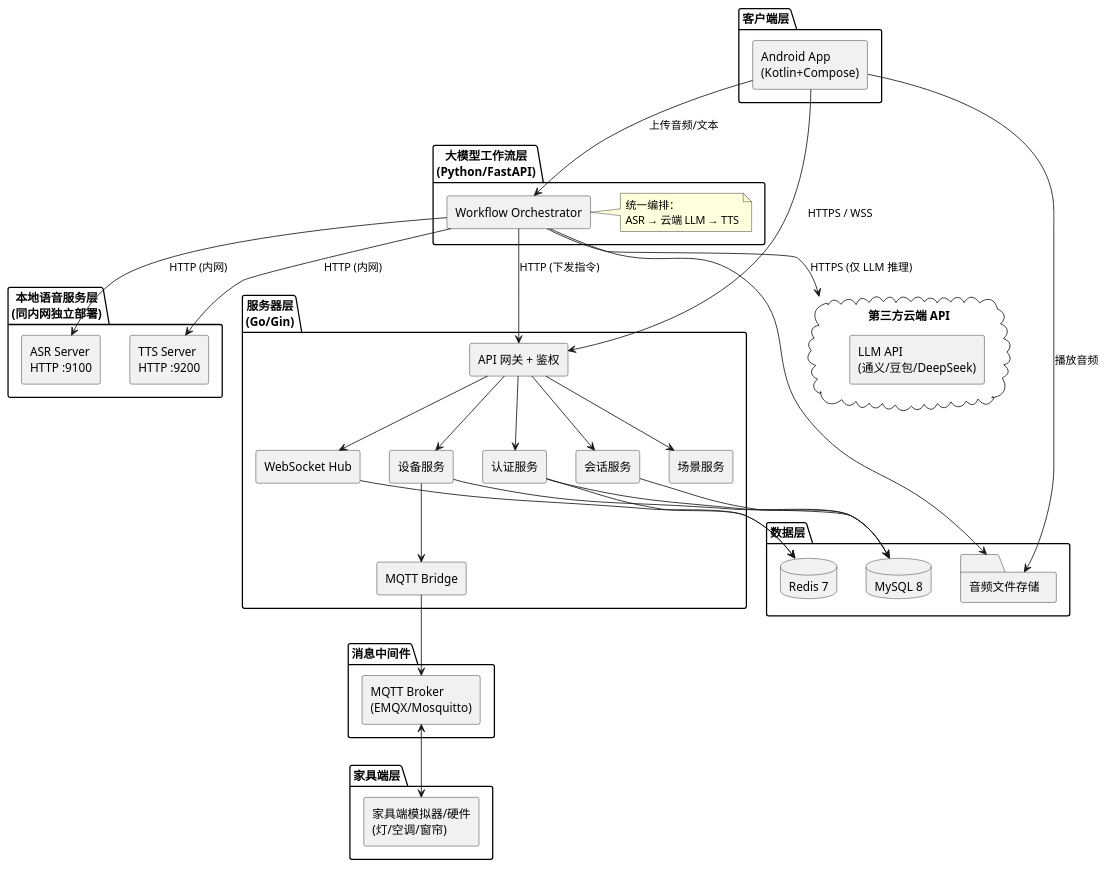
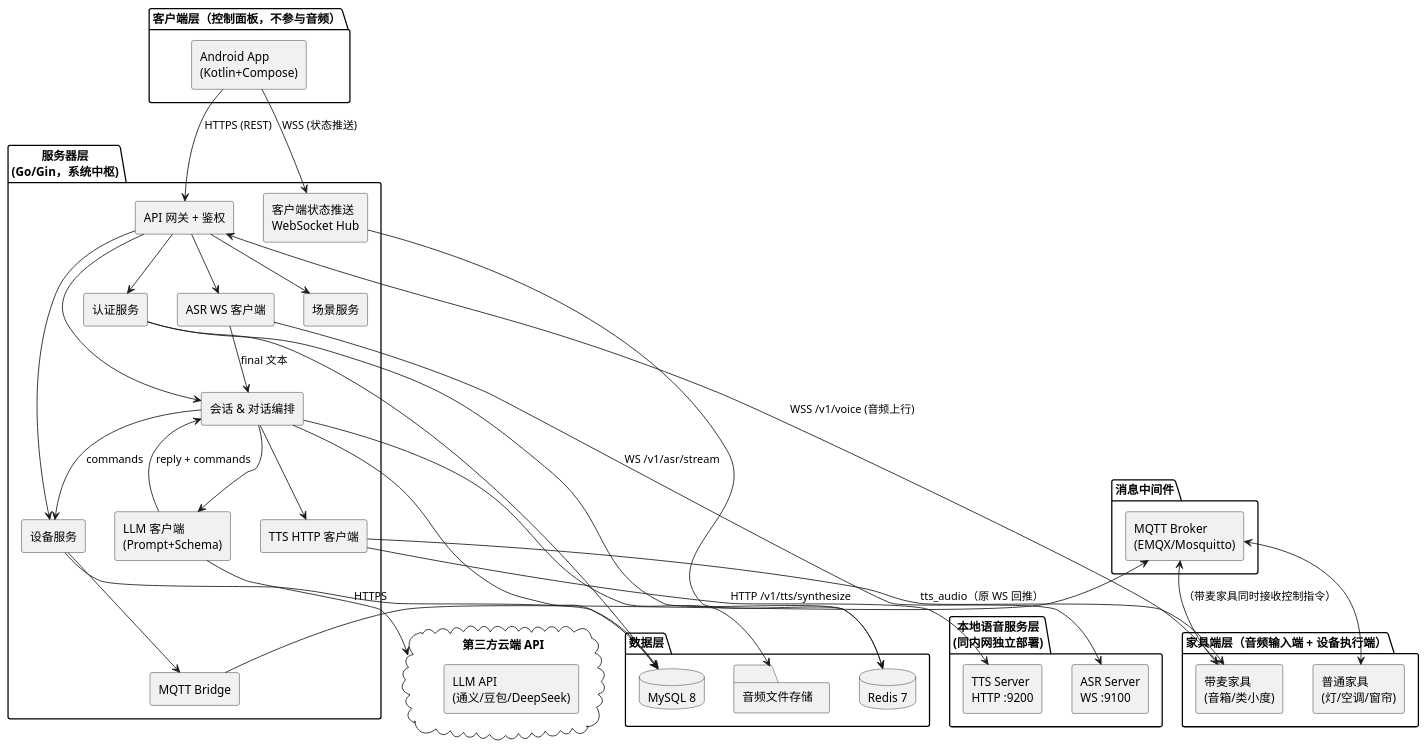
The first of 6 diagrams in docs/03-软件设计文档.md (Yoruko666/Taffy-Assistant), drawn with PlantUML before and after one commit. The commit also changed other lines of this file and 3 other files, not shown here.

````diff
--- a/docs/03-软件设计文档.md
+++ b/docs/03-软件设计文档.md
@@ -44,73 +45,77 @@
 ```plantuml
 @startuml
 skinparam componentStyle rectangle
 
-package "客户端层" {
+package "客户端层（控制面板，不参与音频）" {
   [Android App\n(Kotlin+Compose)] as App
 }
 
-package "大模型工作流层\n(Python/FastAPI)" {
-  [Workflow Orchestrator] as LLM
-  note right of LLM
-    统一编排：
-    ASR → 云端 LLM → TTS
-  end note
+package "家具端层（音频输入端 + 设备执行端）" {
+  [带麦家具\n(音箱/类小度)] as Mic
+  [普通家具\n(灯/空调/窗帘)] as Dev
+}
+
+package "服务器层\n(Go/Gin，系统中枢)" {
+  [API 网关 + 鉴权] as GW
+  [认证服务] as Auth
+  [设备服务] as DevSvc
+  [会话 & 对话编排] as ChatSvc
+  [场景服务] as SceneSvc
+  [客户端状态推送\nWebSocket Hub] as WS
+  [MQTT Bridge] as MB
+  [LLM 客户端\n(Prompt+Schema)] as LLMCli
+  [ASR WS 客户端] as ASRCli
+  [TTS HTTP 客户端] as TTSCli
 }
 
 package "本地语音服务层\n(同内网独立部署)" {
-  [ASR Server\nHTTP :9100] as ASRSvr
+  [ASR Server\nWS :9100] as ASRSvr
   [TTS Server\nHTTP :9200] as TTSSvr
-}
-
-package "服务器层\n(Go/Gin)" {
-  [API 网关 + 鉴权] as GW
-  [认证服务] as Auth
-  [设备服务] as DevSvc
-  [会话服务] as ChatSvc
-  [场景服务] as SceneSvc
-  [WebSocket Hub] as WS
-  [MQTT Bridge] as MB
 }
 
 package "消息中间件" {
   [MQTT Broker\n(EMQX/Mosquitto)] as Broker
 }
 
 package "数据层" {
   database "MySQL 8" as DB
   database "Redis 7" as Cache
   folder "音频文件存储" as OSS
 }
 
-package "家具端层" {
-  [家具端模拟器/硬件\n(灯/空调/窗帘)] as Dev
-}
-
 cloud "第三方云端 API" as Cloud {
   [LLM API\n(通义/豆包/DeepSeek)]
 }
 
-App --> GW : HTTPS / WSS
-App --> LLM : 上传音频/文本
-LLM --> ASRSvr : HTTP (内网)
-LLM --> TTSSvr : HTTP (内网)
-LLM --> Cloud  : HTTPS (仅 LLM 推理)
-LLM --> GW     : HTTP (下发指令)
+App --> GW : HTTPS (REST)
+App --> WS  : WSS (状态推送)
+
+Mic --> GW   : WSS /v1/voice (音频上行)
+GW  --> ASRCli
+ASRCli --> ASRSvr : WS /v1/asr/stream
+ASRCli --> ChatSvc : final 文本
+ChatSvc --> LLMCli
+LLMCli  --> Cloud  : HTTPS
+LLMCli  --> ChatSvc : reply + commands
+ChatSvc --> TTSCli
+TTSCli  --> TTSSvr : HTTP /v1/tts/synthesize
+TTSCli  --> Mic    : tts_audio（原 WS 回推）
+ChatSvc --> DevSvc : commands
+DevSvc  --> MB
+MB      --> Broker
+Broker  <--> Dev
+Broker  <--> Mic   : （带麦家具同时接收控制指令）
+
 GW --> Auth
 GW --> DevSvc
 GW --> ChatSvc
 GW --> SceneSvc
-GW --> WS
-DevSvc --> MB
-MB --> Broker
-Broker <--> Dev
 Auth --> DB
 Auth --> Cache
 DevSvc --> DB
 ChatSvc --> DB
 WS --> Cache
-LLM --> OSS
-App --> OSS : 播放音频
+ChatSvc --> OSS
 
 @enduml
 ```
````
